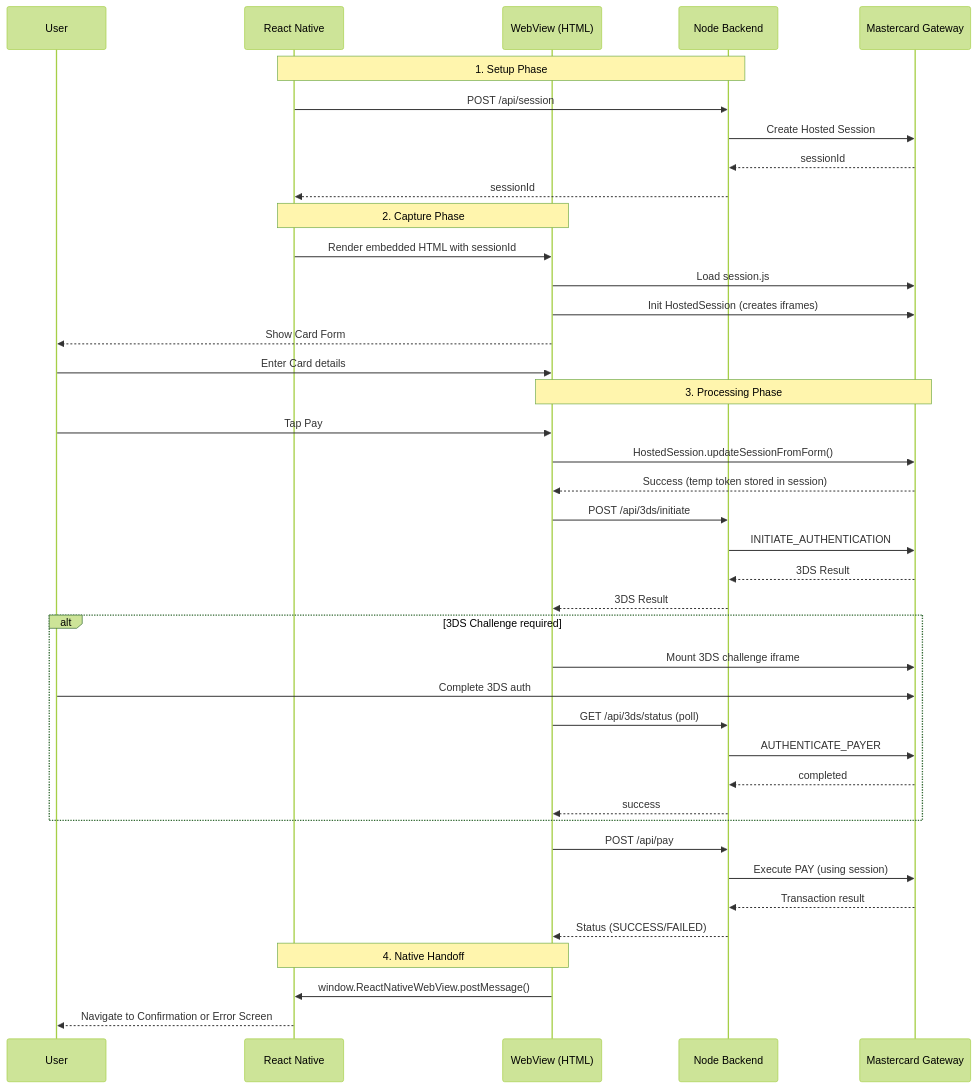
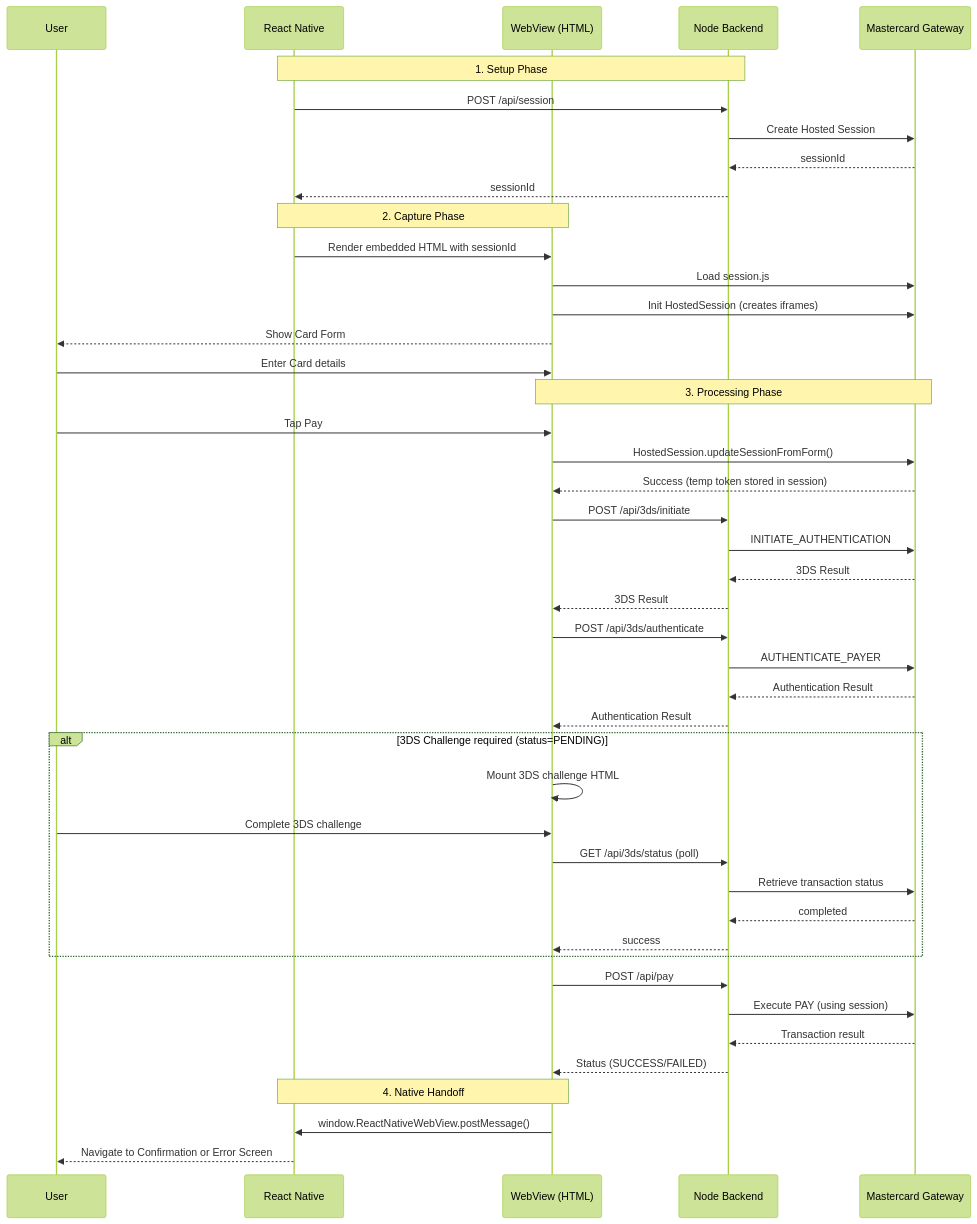
Before and after one commit to indigothm/mpgs-rn-hosted-checkout: the first of 2 diagrams in README.md, drawn with Mermaid (forest theme). The commit also changed 6 other files, not shown here.

````diff
--- a/README.md
+++ b/README.md
@@ -153,49 +153,54 @@
 ```mermaid
 sequenceDiagram
     participant User
     participant RN as React Native
     participant WV as WebView (HTML)
     participant API as Node Backend
     participant MPGS as Mastercard Gateway
     
     Note over RN,API: 1. Setup Phase
     RN->>API: POST /api/session
     API->>MPGS: Create Hosted Session
     MPGS-->>API: sessionId
     API-->>RN: sessionId
     
     Note over RN,WV: 2. Capture Phase
     RN->>WV: Render embedded HTML with sessionId
     WV->>MPGS: Load session.js
     WV->>MPGS: Init HostedSession (creates iframes)
     WV-->>User: Show Card Form
     User->>WV: Enter Card details
     
     Note over WV,MPGS: 3. Processing Phase
     User->>WV: Tap Pay
     WV->>MPGS: HostedSession.updateSessionFromForm()
     MPGS-->>WV: Success (temp token stored in session)
     
     WV->>API: POST /api/3ds/initiate
     API->>MPGS: INITIATE_AUTHENTICATION
     MPGS-->>API: 3DS Result
     API-->>WV: 3DS Result
-    
-    alt 3DS Challenge required
-        WV->>MPGS: Mount 3DS challenge iframe
-        User->>MPGS: Complete 3DS auth
+
+    WV->>API: POST /api/3ds/authenticate
+    API->>MPGS: AUTHENTICATE_PAYER
+    MPGS-->>API: Authentication Result
+    API-->>WV: Authentication Result
+
+    alt 3DS Challenge required (status=PENDING)
+        WV->>WV: Mount 3DS challenge HTML
+        User->>WV: Complete 3DS challenge
         WV->>API: GET /api/3ds/status (poll)
-        API->>MPGS: AUTHENTICATE_PAYER
+        API->>MPGS: Retrieve transaction status
         MPGS-->>API: completed
         API-->>WV: success
     end
     
     WV->>API: POST /api/pay
     API->>MPGS: Execute PAY (using session)
     MPGS-->>API: Transaction result
     API-->>WV: Status (SUCCESS/FAILED)
     
     Note over RN,WV: 4. Native Handoff
     WV->>RN: window.ReactNativeWebView.postMessage()
     RN-->>User: Navigate to Confirmation or Error Screen
 ```
````
